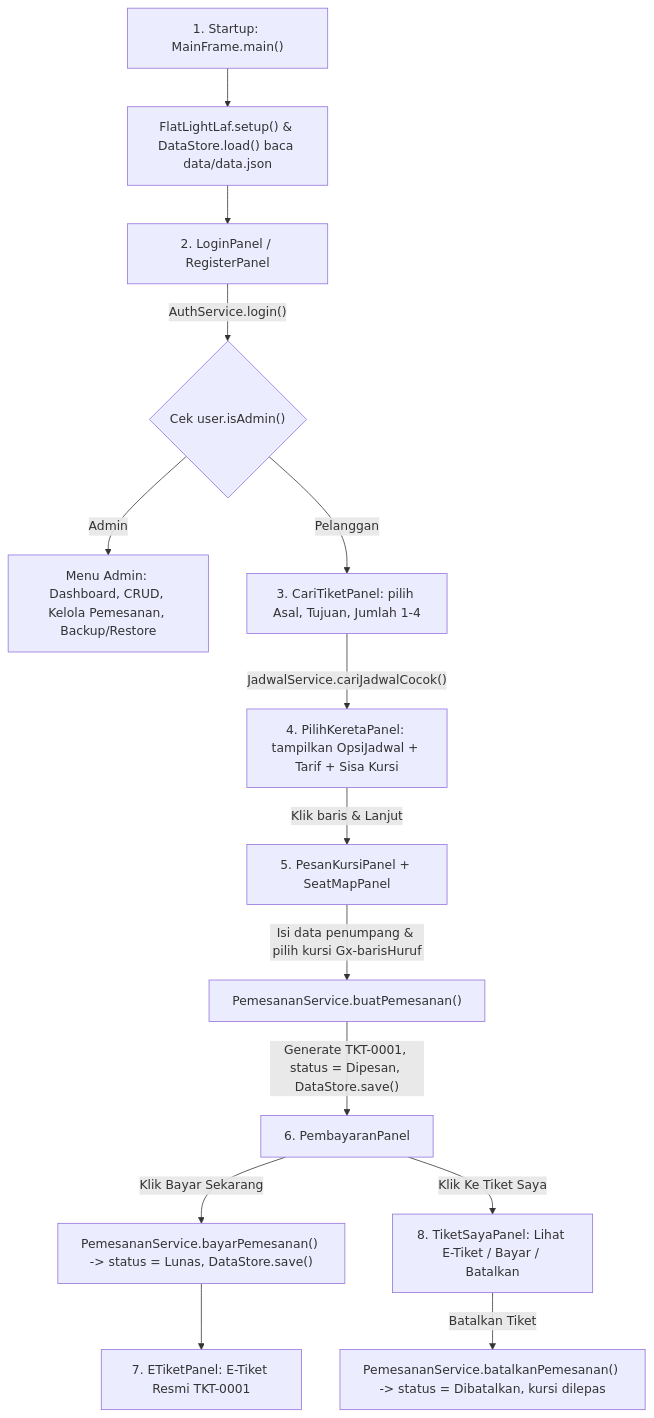
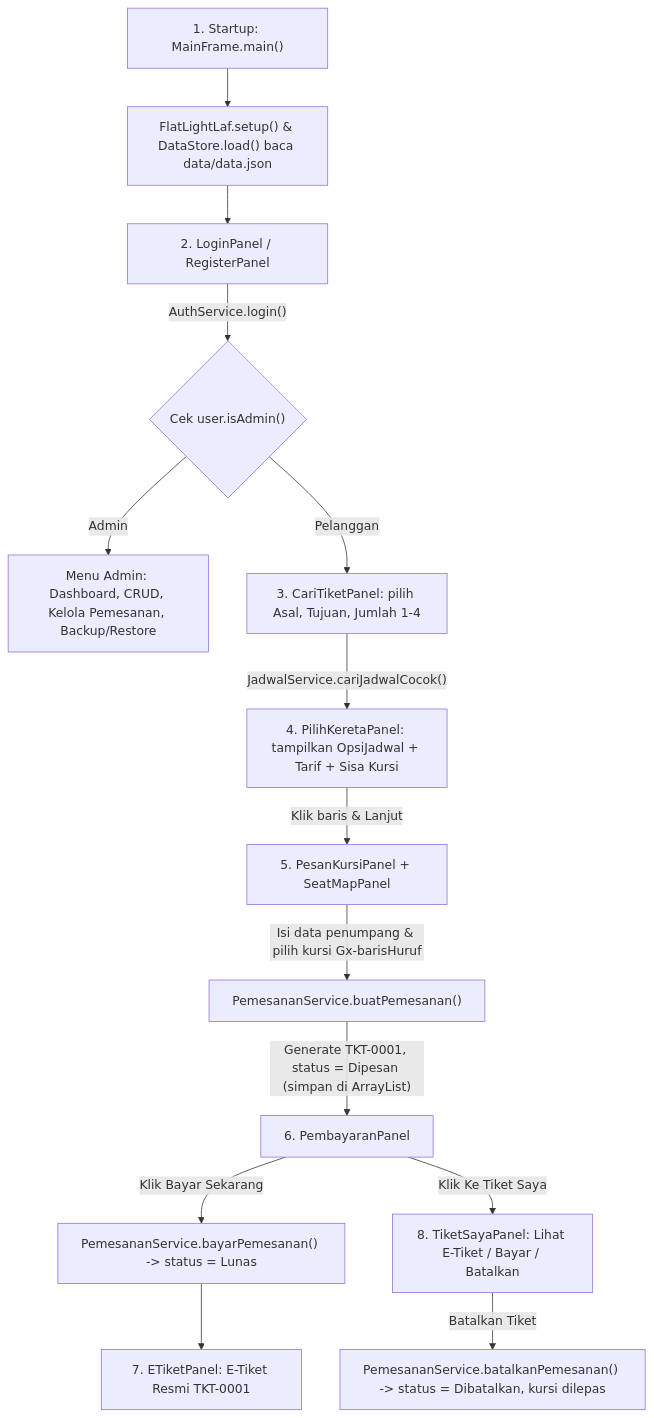
The second of 2 diagrams in docs/PANDUAN_ARSITEKTUR.md (rtwone/SistemTiketKereta), drawn with Mermaid before and after one commit. The commit also changed other lines of this file and 7 other files, not shown here.

Commit message:
docs: update README and architecture guide to reflect in-memory data handling and CRUD operations chore: clear out sample bookings from data.json for a fresh start refactor: remove unnecessary save calls in DataStore, AuthService, JadwalService, and PemesananService

````diff
--- a/docs/PANDUAN_ARSITEKTUR.md
+++ b/docs/PANDUAN_ARSITEKTUR.md
@@ -120,16 +121,16 @@
 ```mermaid
 flowchart TD
     A["1. Startup: MainFrame.main()"] --> B["FlatLightLaf.setup() & DataStore.load() baca data/data.json"]
     B --> C["2. LoginPanel / RegisterPanel"]
     C -->|"AuthService.login()"| D{"Cek user.isAdmin()"}
     D -->|"Admin"| ADM["Menu Admin: Dashboard, CRUD, Kelola Pemesanan, Backup/Restore"]
     D -->|"Pelanggan"| E["3. CariTiketPanel: pilih Asal, Tujuan, Jumlah 1-4"]
     E -->|"JadwalService.cariJadwalCocok()"| F["4. PilihKeretaPanel: tampilkan OpsiJadwal + Tarif + Sisa Kursi"]
     F -->|"Klik baris & Lanjut"| G["5. PesanKursiPanel + SeatMapPanel"]
     G -->|"Isi data penumpang & pilih kursi Gx-barisHuruf"| H["PemesananService.buatPemesanan()"]
-    H -->|"Generate TKT-0001, status = Dipesan, DataStore.save()"| I["6. PembayaranPanel"]
-    I -->|"Klik Bayar Sekarang"| J["PemesananService.bayarPemesanan() -> status = Lunas, DataStore.save()"]
+    H -->|"Generate TKT-0001, status = Dipesan (simpan di ArrayList)"| I["6. PembayaranPanel"]
+    I -->|"Klik Bayar Sekarang"| J["PemesananService.bayarPemesanan() -> status = Lunas"]
     J --> K["7. ETiketPanel: E-Tiket Resmi TKT-0001"]
     I -->|"Klik Ke Tiket Saya"| L["8. TiketSayaPanel: Lihat E-Tiket / Bayar / Batalkan"]
     L -->|"Batalkan Tiket"| M["PemesananService.batalkanPemesanan() -> status = Dibatalkan, kursi dilepas"]
 ```
````
